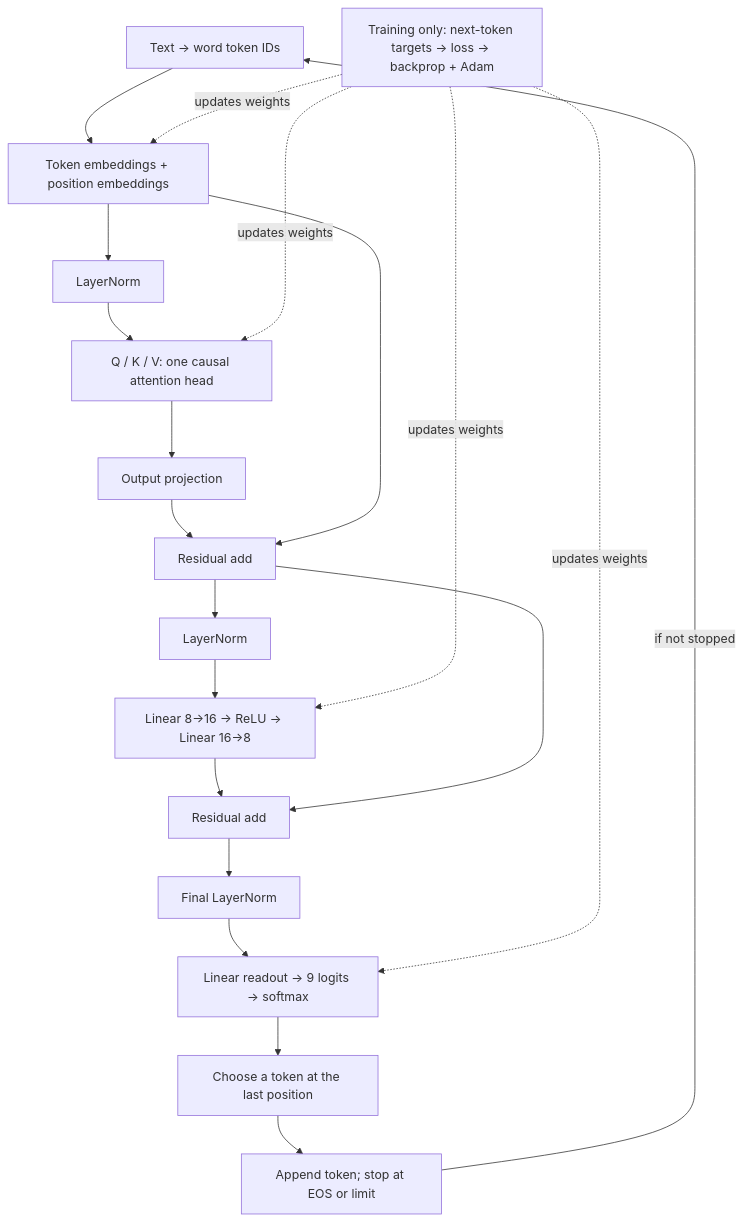
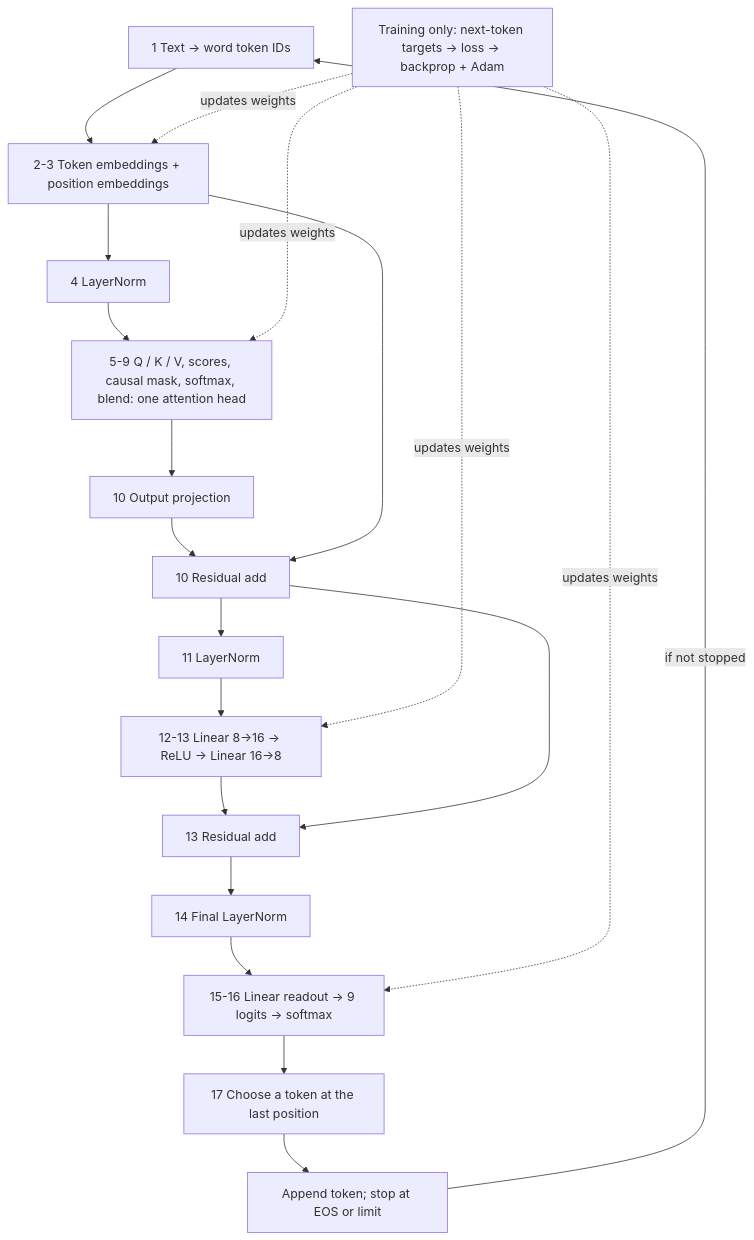
The diagram in labs/00-tiny-transformer/readme.md (mifurm/AIBasics), drawn with Mermaid before and after one commit. The commit also changed other lines of this file and 23 other files, not shown here.

````diff
--- a/labs/00-tiny-transformer/readme.md
+++ b/labs/00-tiny-transformer/readme.md
@@ -107,22 +169,22 @@
 ```mermaid
 flowchart TD
-    A["Text -> word token IDs"] --> B["Token embeddings + position embeddings"]
-    B --> N1["LayerNorm"]
-    N1 --> C["Q / K / V: one causal attention head"]
-    C --> O["Output projection"]
-    O --> R1["Residual add"]
+    A["1 Text -> word token IDs"] --> B["2-3 Token embeddings + position embeddings"]
+    B --> N1["4 LayerNorm"]
+    N1 --> C["5-9 Q / K / V, scores, causal mask, softmax, blend: one attention head"]
+    C --> O["10 Output projection"]
+    O --> R1["10 Residual add"]
     B --> R1
-    R1 --> N2["LayerNorm"]
-    N2 --> F["Linear 8->16 -> ReLU -> Linear 16->8"]
-    F --> R2["Residual add"]
+    R1 --> N2["11 LayerNorm"]
+    N2 --> F["12-13 Linear 8->16 -> ReLU -> Linear 16->8"]
+    F --> R2["13 Residual add"]
     R1 --> R2
-    R2 --> N3["Final LayerNorm"]
-    N3 --> L["Linear readout -> 9 logits -> softmax"]
-    L --> D["Choose a token at the last position"]
+    R2 --> N3["14 Final LayerNorm"]
+    N3 --> L["15-16 Linear readout -> 9 logits -> softmax"]
+    L --> D["17 Choose a token at the last position"]
     D --> E["Append token; stop at EOS or limit"]
     E -->|if not stopped| A
     T["Training only: next-token targets -> loss -> backprop + Adam"] -. updates weights .-> B
     T -. updates weights .-> C
     T -. updates weights .-> F
     T -. updates weights .-> L
 ```
````
